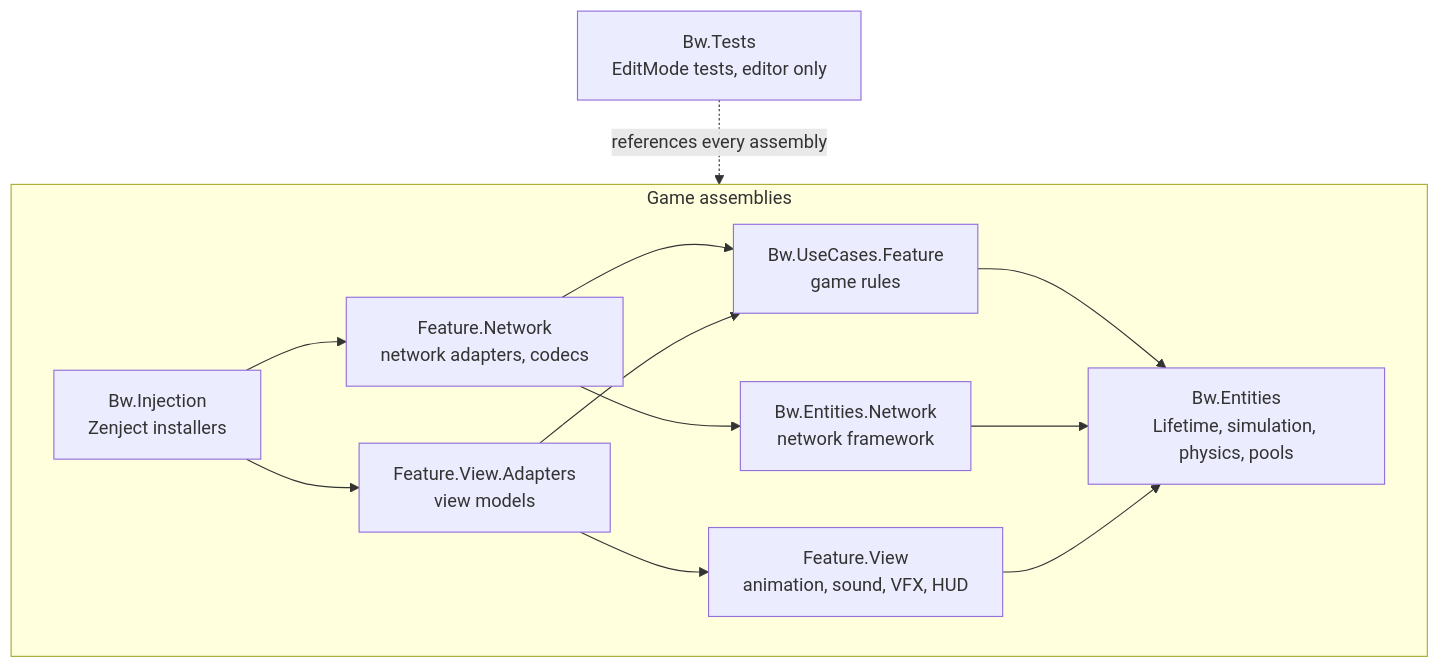
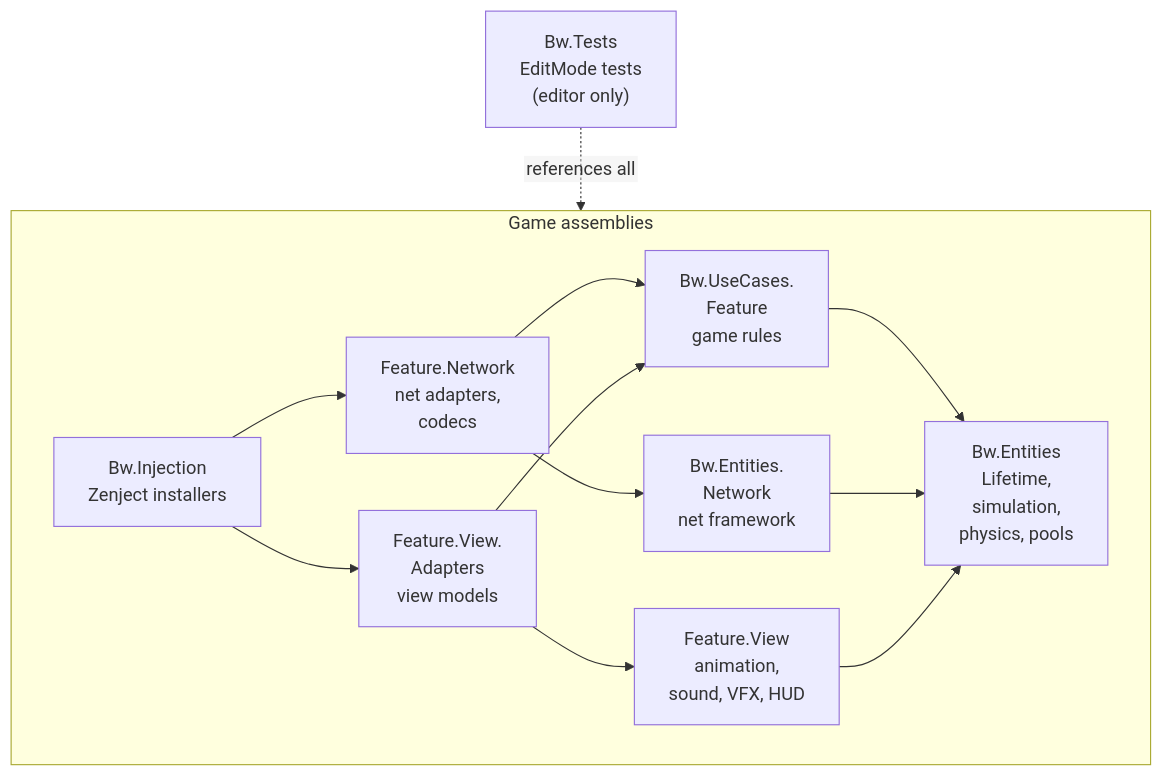
Before and after one commit to pndte/match-please: the second of 8 diagrams in README.md, drawn with Mermaid. The commit also changed other lines of this file, not shown here.

````diff
--- a/README.md
+++ b/README.md
@@ -337,24 +338,29 @@
 ```mermaid
+---
+config:
+  flowchart:
+    htmlLabels: false
+---
 flowchart TB
-    Tests["Bw.Tests<br/>EditMode tests, editor only"]
+    Tests["Bw.Tests<br/>EditMode tests<br/>(editor only)"]
     subgraph Game["Game assemblies"]
         Injection["Bw.Injection<br/>Zenject installers"]
-        Network["Feature.Network<br/>network adapters, codecs"]
-        Adapters["Feature.View.Adapters<br/>view models"]
-        View["Feature.View<br/>animation, sound, VFX, HUD"]
-        Core["Bw.UseCases.Feature<br/>game rules"]
-        NetFw["Bw.Entities.Network<br/>network framework"]
-        Entities["Bw.Entities<br/>Lifetime, simulation, physics, pools"]
+        Network["Feature.Network<br/>net adapters,<br/>codecs"]
+        Adapters["Feature.View.<br/>Adapters<br/>view models"]
+        View["Feature.View<br/>animation,<br/>sound, VFX, HUD"]
+        Core["Bw.UseCases.<br/>Feature<br/>game rules"]
+        NetFw["Bw.Entities.<br/>Network<br/>net framework"]
+        Entities["Bw.Entities<br/>Lifetime,<br/>simulation,<br/>physics, pools"]
     end
 
-    Tests -.->|references every assembly| Game
+    Tests -.->|references all| Game
     Injection --> Network
     Injection --> Adapters
     Network --> Core
     Network --> NetFw
     Adapters --> Core
     Adapters --> View
     Core --> Entities
     NetFw --> Entities
     View --> Entities
 ```
````
